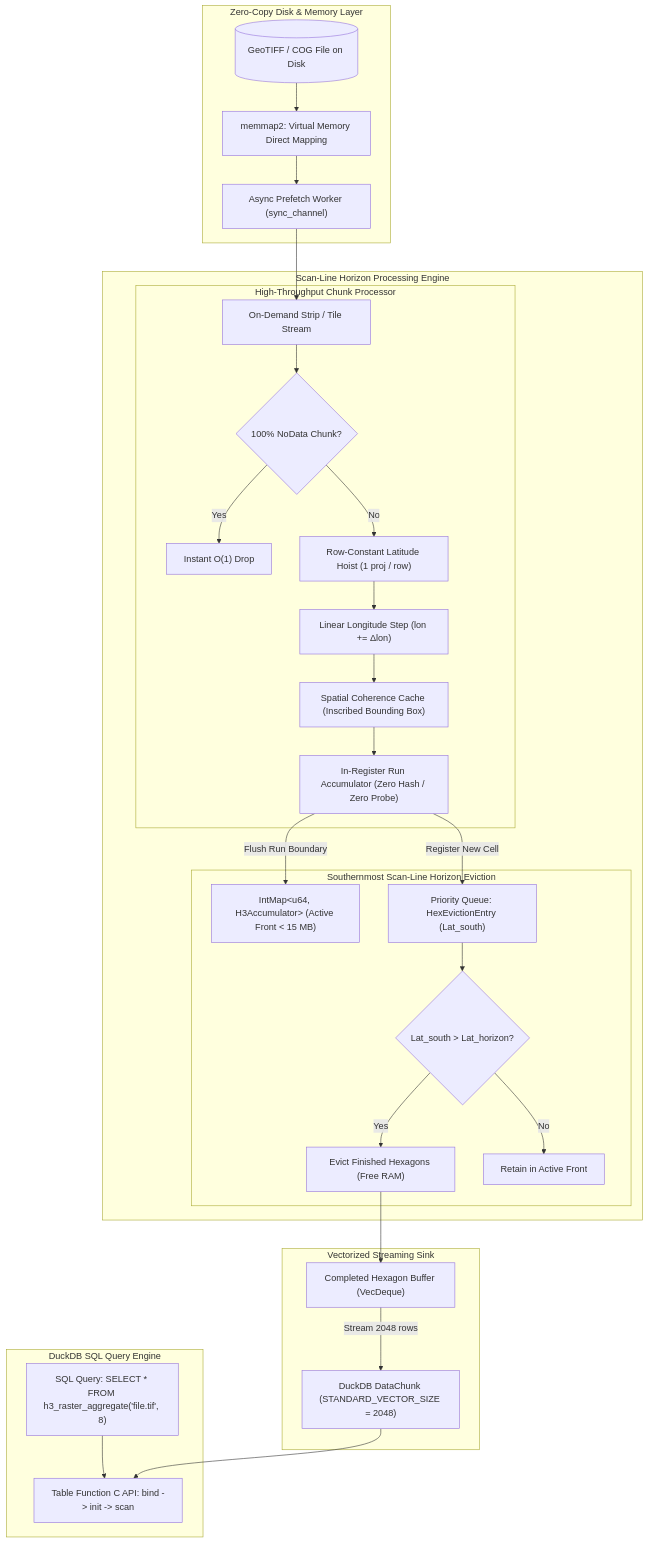
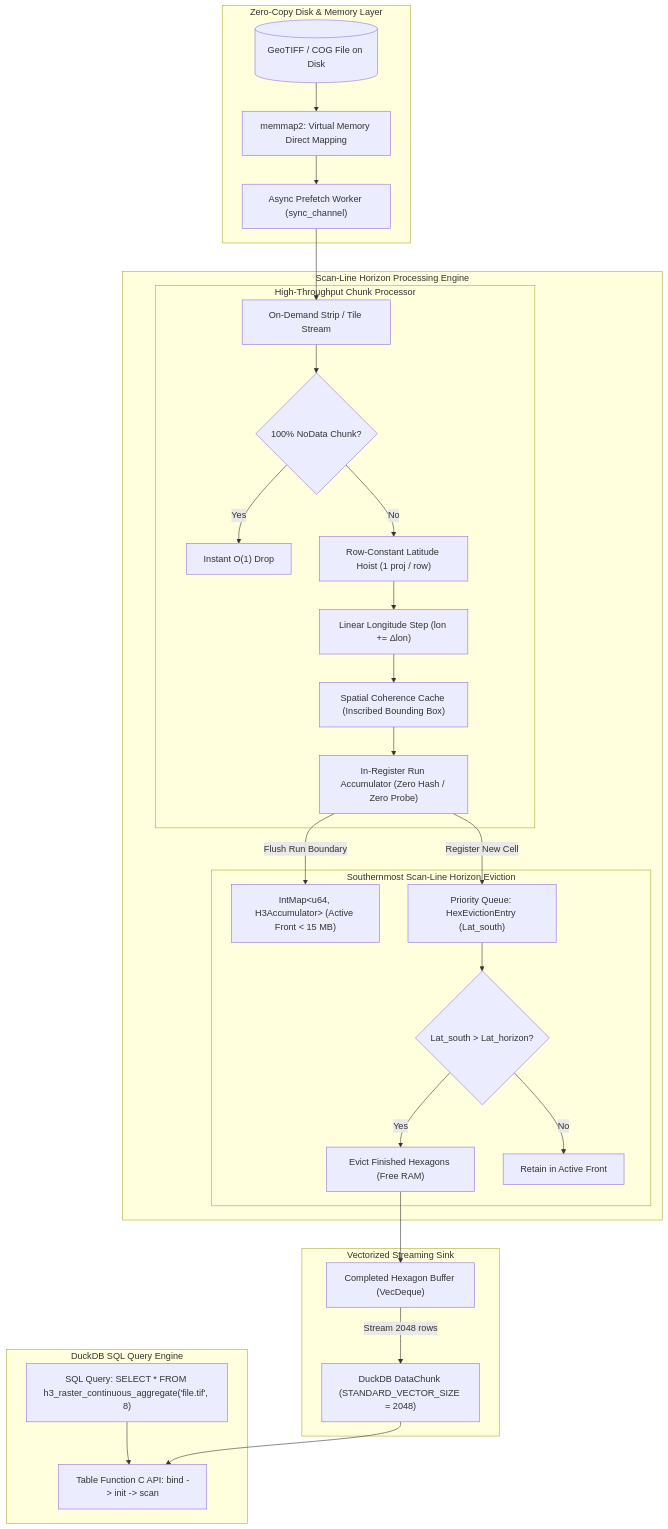
One commit to dmuldrew/raster_h3 changed the diagram in README.md. Above: the diagram before and after it, drawn with Mermaid. The commit also changed other lines of this file and 9 other files, not shown here.

````diff
--- a/README.md
+++ b/README.md
@@ -402,49 +454,49 @@
 ```mermaid
 flowchart TD
     subgraph DuckDB ["DuckDB SQL Query Engine"]
-        SQL["SQL Query: SELECT * FROM h3_raster_aggregate('file.tif', 8)"]
+        SQL["SQL Query: SELECT * FROM h3_raster_continuous_aggregate('file.tif', 8)"]
         TF["Table Function C API: bind -> init -> scan"]
         SQL --> TF
     end
 
     subgraph IO ["Zero-Copy Disk & Memory Layer"]
         FILE[("GeoTIFF / COG File on Disk")]
         MMAP["memmap2: Virtual Memory Direct Mapping"]
         PREFETCH["Async Prefetch Worker (sync_channel)"]
         FILE --> MMAP --> PREFETCH
     end
 
     subgraph PIPELINE ["Scan-Line Horizon Processing Engine"]
         CHUNK["On-Demand Strip / Tile Stream"]
         PREFETCH --> CHUNK
 
         subgraph WORKER ["High-Throughput Chunk Processor"]
             NODATA{"100% NoData Chunk?"}
             CHUNK --> NODATA
             NODATA -- "Yes" --> SKIP["Instant O(1) Drop"]
             NODATA -- "No" --> HOIST["Row-Constant Latitude Hoist (1 proj / row)"]
             HOIST --> STEP["Linear Longitude Step (lon += Δlon)"]
             STEP --> CACHE["Spatial Coherence Cache (Inscribed Bounding Box)"]
             CACHE --> RUN["In-Register Run Accumulator (Zero Hash / Zero Probe)"]
         end
 
         subgraph HORIZON ["Southernmost Scan-Line Horizon Eviction"]
             ACTIVE_MAP["IntMap&lt;u64, H3Accumulator&gt; (Active Front &lt; 15 MB)"]
             QUEUE["Priority Queue: HexEvictionEntry (Lat_south)"]
             RUN -->|"Flush Run Boundary"| ACTIVE_MAP
             RUN -->|"Register New Cell"| QUEUE
             EVICT{"Lat_south > Lat_horizon?"}
             QUEUE --> EVICT
             EVICT -- "Yes" --> POP["Evict Finished Hexagons (Free RAM)"]
             EVICT -- "No" --> KEEP["Retain in Active Front"]
         end
     end
 
     subgraph OUTPUT ["Vectorized Streaming Sink"]
         BUFFER["Completed Hexagon Buffer (VecDeque)"]
         POP --> BUFFER
         CHUNK_OUT["DuckDB DataChunk (STANDARD_VECTOR_SIZE = 2048)"]
         BUFFER -->|"Stream 2048 rows"| CHUNK_OUT
         CHUNK_OUT --> TF
     end
 ```
````
